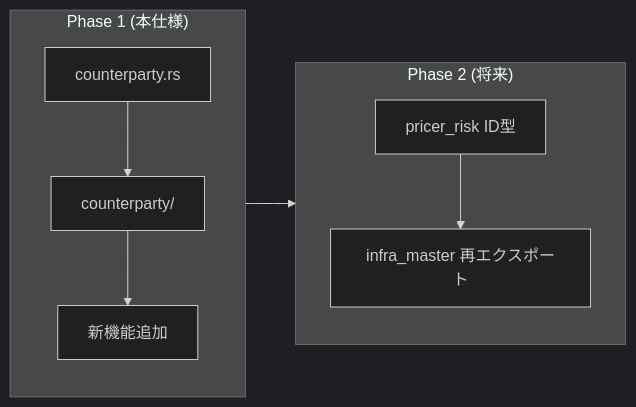
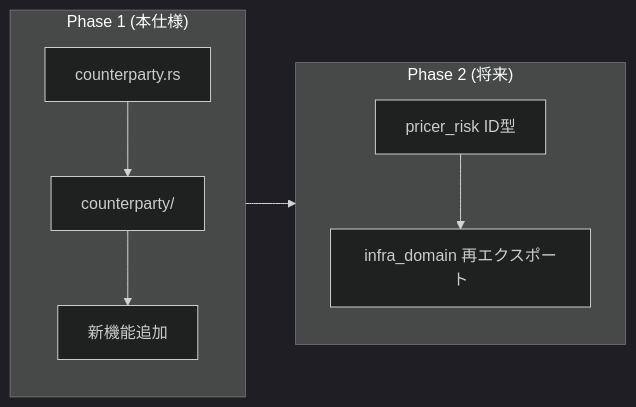
Before and after one commit to neutryx-lab/neutryx-rust: the third of 3 diagrams in .kiro/specs/counterparty-netting-module/design.md, drawn with Mermaid (dark theme). The commit also changed other lines of this file and 303 other files, not shown here.

First line of the commit message:
Refactor imports from `infra_master` to `infra_domain`

````diff
--- a/.kiro/specs/counterparty-netting-module/design.md
+++ b/.kiro/specs/counterparty-netting-module/design.md
@@ -1047,13 +1047,13 @@
 ```mermaid
 flowchart LR
     subgraph Phase1["Phase 1 (本仕様)"]
         A[counterparty.rs] --> B[counterparty/]
         B --> C[新機能追加]
     end
 
     subgraph Phase2["Phase 2 (将来)"]
-        D[pricer_risk ID型] --> E[infra_master 再エクスポート]
+        D[pricer_risk ID型] --> E[infra_domain 再エクスポート]
     end
 
     Phase1 --> Phase2
 ```
````
